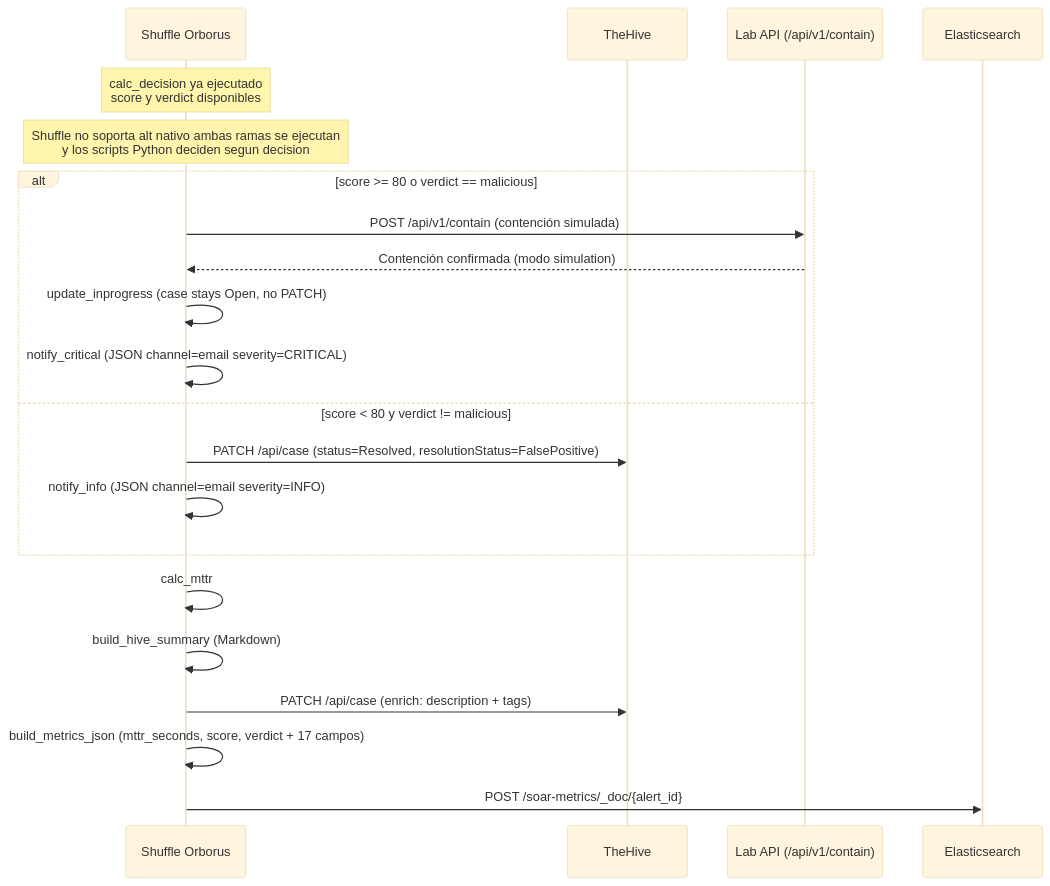
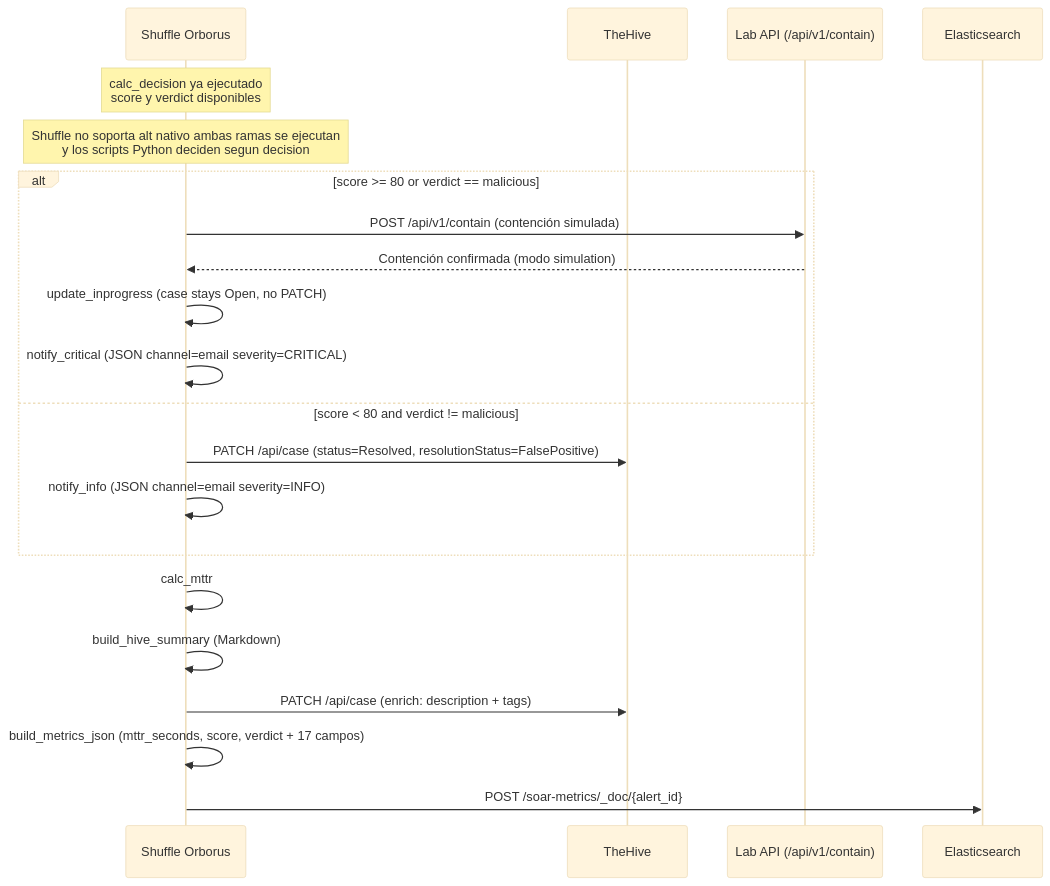
One commit to alesanfe/soar-ransomware-lab changed diagram 11 of 22 in docs/02-architecture.md. Above: the diagram before and after it, drawn with Mermaid (base theme). The commit also changed other lines of this file and 5 other files, not shown here.

Commit message:
docs: fix MSV->MVP, Mermaid o/y->or/and, Thehive->TheHive, Misp->MISP, missing SIEM source, incomplete heading, incomplete code comment, R5 tracking, workaround numbering

````diff
--- a/docs/02-architecture.md
+++ b/docs/02-architecture.md
@@ -3061,24 +3061,24 @@
 ```mermaid
 sequenceDiagram
  participant Shuffle as Shuffle Orborus
  participant TheHive as TheHive
  participant API as Lab API (/api/v1/contain)
  participant ES as Elasticsearch
 
  Note over Shuffle: calc_decision ya ejecutado<br/>score y verdict disponibles
  Note over Shuffle: Shuffle no soporta alt nativo ambas ramas se ejecutan<br/>y los scripts Python deciden segun decision
- alt score >= 80 o verdict == malicious
+ alt score >= 80 or verdict == malicious
  Shuffle->>API: POST /api/v1/contain (contención simulada)
  API-->>Shuffle: Contención confirmada (modo simulation)
  Shuffle->>Shuffle: update_inprogress (case stays Open, no PATCH)
  Shuffle->>Shuffle: notify_critical (JSON channel=email severity=CRITICAL)
- else score < 80 y verdict != malicious
+ else score < 80 and verdict != malicious
  Shuffle->>TheHive: PATCH /api/case (status=Resolved, resolutionStatus=FalsePositive)
  Shuffle->>Shuffle: notify_info (JSON channel=email severity=INFO)
  end
  Shuffle->>Shuffle: calc_mttr
  Shuffle->>Shuffle: build_hive_summary (Markdown)
  Shuffle->>TheHive: PATCH /api/case (enrich: description + tags)
  Shuffle->>Shuffle: build_metrics_json (mttr_seconds, score, verdict + 17 campos)
  Shuffle->>ES: POST /soar-metrics/_doc/{alert_id}
 ```
````
